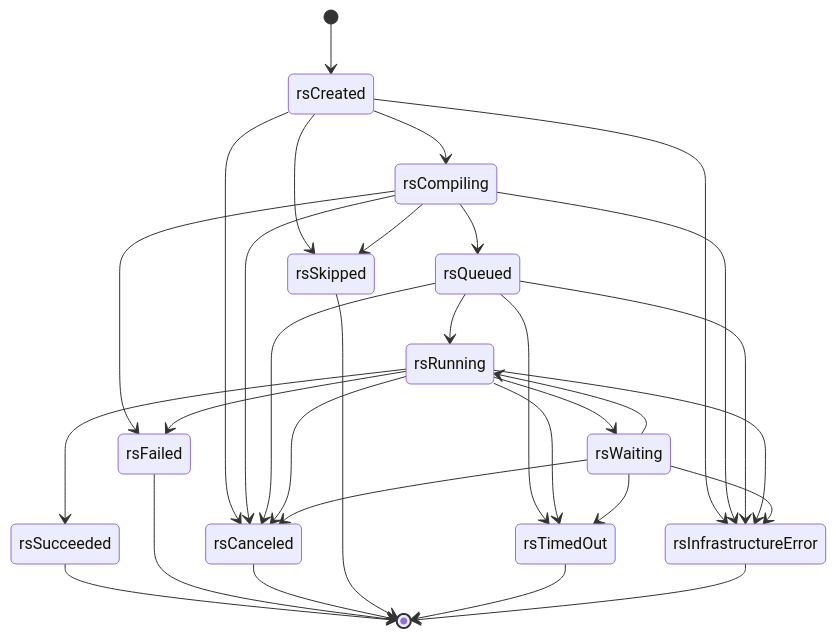
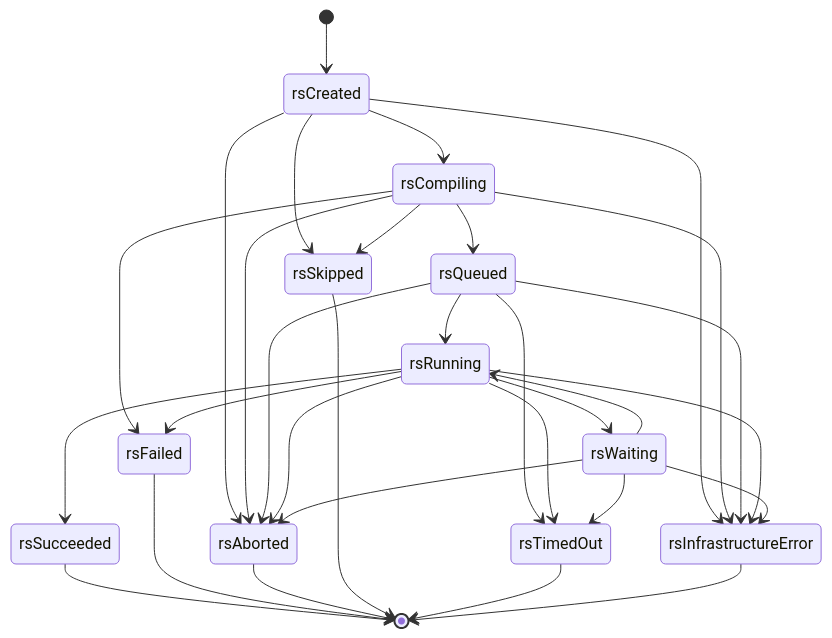
One commit to zystem/CiNim changed the first of 4 diagrams in docs/state-machines.md. Above: the diagram before and after it, drawn with Mermaid. The commit also changed other lines of this file and 53 other files, not shown here.

````diff
--- a/docs/state-machines.md
+++ b/docs/state-machines.md
@@ -10,33 +10,33 @@
 ```mermaid
 stateDiagram-v2
   [*] --> rsCreated
   rsCreated --> rsCompiling
-  rsCreated --> rsCanceled
+  rsCreated --> rsAborted
   rsCreated --> rsSkipped
   rsCreated --> rsInfrastructureError
   rsCompiling --> rsQueued
   rsCompiling --> rsFailed
-  rsCompiling --> rsCanceled
+  rsCompiling --> rsAborted
   rsCompiling --> rsSkipped
   rsCompiling --> rsInfrastructureError
   rsQueued --> rsRunning
-  rsQueued --> rsCanceled
+  rsQueued --> rsAborted
   rsQueued --> rsTimedOut
   rsQueued --> rsInfrastructureError
   rsRunning --> rsWaiting
   rsRunning --> rsSucceeded
   rsRunning --> rsFailed
-  rsRunning --> rsCanceled
+  rsRunning --> rsAborted
   rsRunning --> rsTimedOut
   rsRunning --> rsInfrastructureError
   rsWaiting --> rsRunning
-  rsWaiting --> rsCanceled
+  rsWaiting --> rsAborted
   rsWaiting --> rsTimedOut
   rsWaiting --> rsInfrastructureError
   rsSucceeded --> [*]
   rsFailed --> [*]
-  rsCanceled --> [*]
+  rsAborted --> [*]
   rsSkipped --> [*]
   rsTimedOut --> [*]
   rsInfrastructureError --> [*]
 ```
````
